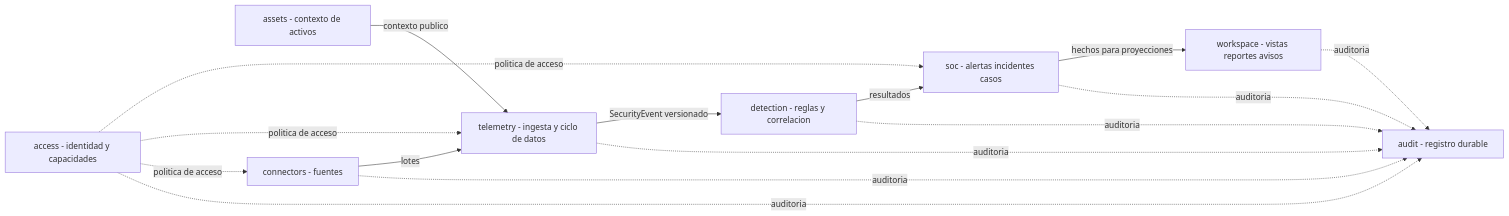
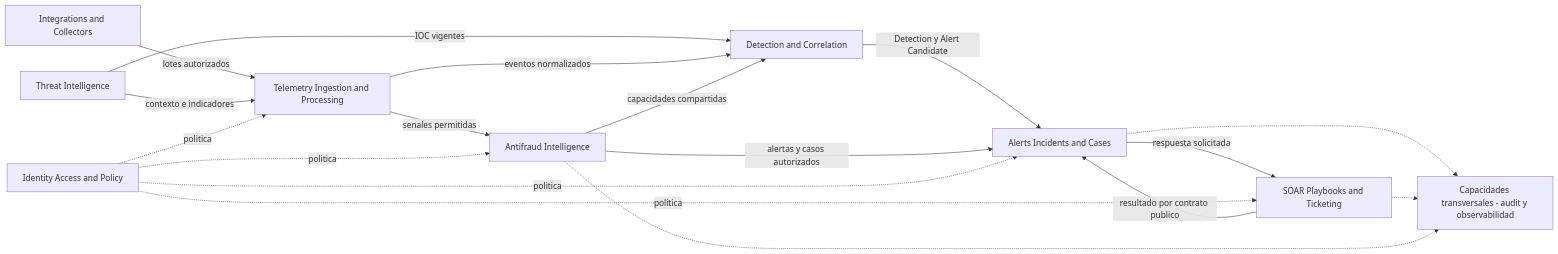
The diagram in docs/diagrams/03-modules.mmd (CyberStill-GmbH/qapaq-secops), drawn with Mermaid before and after one commit. The commit also changed 16 other files, not shown here.

```diff
--- a/docs/diagrams/03-modules.mmd
+++ b/docs/diagrams/03-modules.mmd
@@ -1,23 +1,27 @@
 flowchart LR
-    ACCESS["access - identidad y capacidades"]
-    ASSETS["assets - contexto de activos"]
-    CONNECT["connectors - fuentes"]
-    TEL["telemetry - ingesta y ciclo de datos"]
-    DET["detection - reglas y correlacion"]
-    SOC["soc - alertas incidentes casos"]
-    AUDIT["audit - registro durable"]
-    WORK["workspace - vistas reportes avisos"]
-    CONNECT -->|lotes| TEL
-    ASSETS -->|contexto publico| TEL
-    TEL -->|SecurityEvent versionado| DET
-    DET -->|resultados| SOC
-    SOC -->|hechos para proyecciones| WORK
-    ACCESS -.->|politica de acceso| SOC
-    ACCESS -.->|politica de acceso| TEL
-    ACCESS -.->|politica de acceso| CONNECT
-    SOC -.->|auditoria| AUDIT
-    CONNECT -.->|auditoria| AUDIT
-    DET -.->|auditoria| AUDIT
-    TEL -.->|auditoria| AUDIT
-    WORK -.->|auditoria| AUDIT
-    ACCESS -.->|auditoria| AUDIT
+    ACCESS["Identity Access and Policy"]
+    CONNECT["Integrations and Collectors"]
+    TEL["Telemetry Ingestion and Processing"]
+    DET["Detection and Correlation"]
+    TI["Threat Intelligence"]
+    SOC["Alerts Incidents and Cases"]
+    SOAR["SOAR Playbooks and Ticketing"]
+    FRAUD["Antifraud Intelligence"]
+    CROSS["Capacidades transversales - audit y observabilidad"]
+    CONNECT -->|lotes autorizados| TEL
+    TI -->|contexto e indicadores| TEL
+    TI -->|IOC vigentes| DET
+    TEL -->|eventos normalizados| DET
+    DET -->|Detection y Alert Candidate| SOC
+    SOC -->|respuesta solicitada| SOAR
+    SOAR -->|resultado por contrato publico| SOC
+    TEL -->|senales permitidas| FRAUD
+    FRAUD -->|capacidades compartidas| DET
+    FRAUD -->|alertas y casos autorizados| SOC
+    ACCESS -.->|politica| TEL
+    ACCESS -.->|politica| SOC
+    ACCESS -.->|politica| SOAR
+    ACCESS -.->|politica| FRAUD
+    SOC -.-> CROSS
+    SOAR -.-> CROSS
+    FRAUD -.-> CROSS
```
